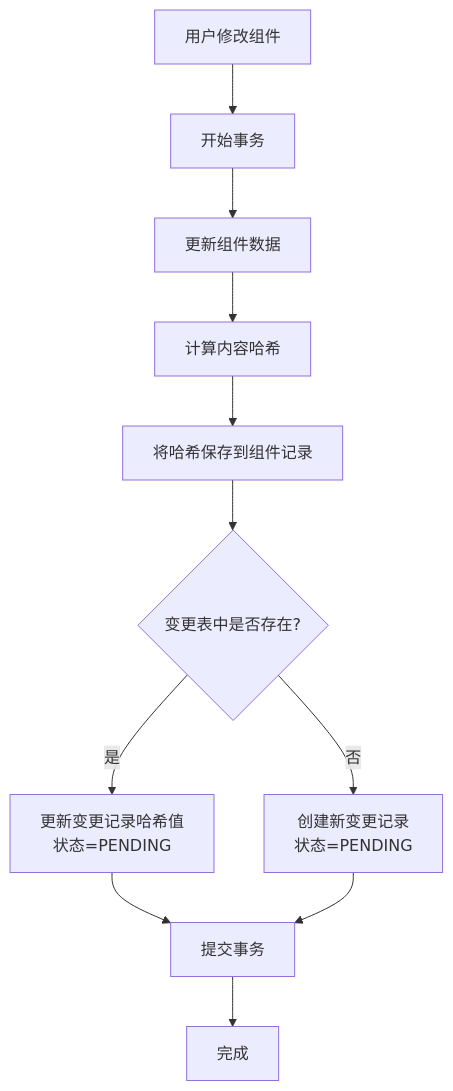
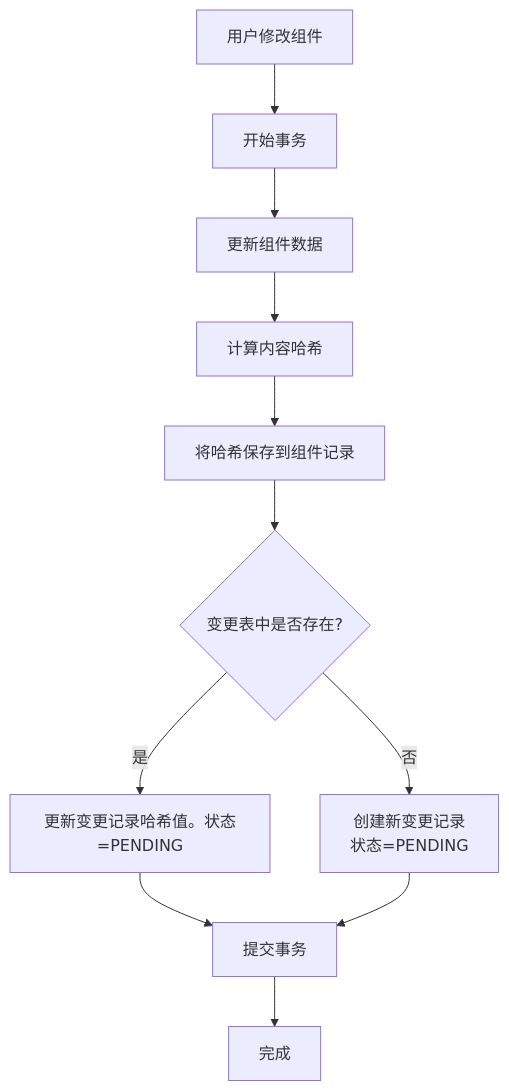
The diagram in all/未命名-42.md (yingjianzh/iodraw-files), drawn with Mermaid before and after one commit.

Commit message:
2025-04-24 14:44:31 update

````diff
--- a/all/未命名-42.md
+++ b/all/未命名-42.md
@@ -1,15 +1,15 @@
 ```mermaid
 flowchart TD
     Start[用户修改组件] --> StartTransaction[开始事务]
     StartTransaction --> UpdateComponent[更新组件数据]
     UpdateComponent --> CalcHash[计算内容哈希]
     CalcHash --> SaveHash[将哈希保存到组件记录]
     SaveHash --> CheckExists{变更表中是否存在?}
     
-    CheckExists -- 是 --> UpdateChange[更新变更记录哈希值\n状态=PENDING]
+    CheckExists -- 是 --> UpdateChange[更新变更记录哈希值。状态=PENDING]
     CheckExists -- 否 --> CreateChange[创建新变更记录\n状态=PENDING]
     
     UpdateChange --> CommitTransaction[提交事务]
     CreateChange --> CommitTransaction
     CommitTransaction --> End[完成]
 ```
````
